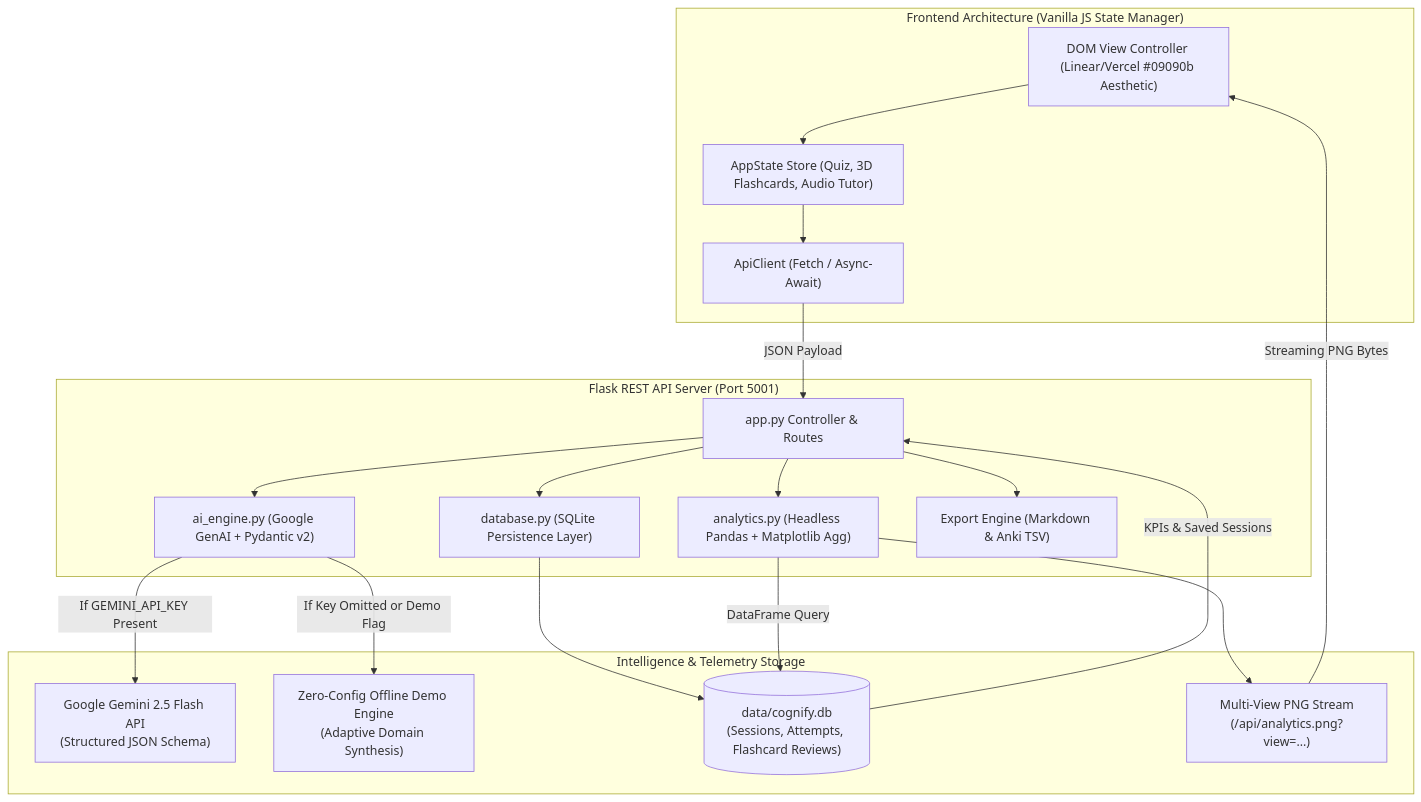
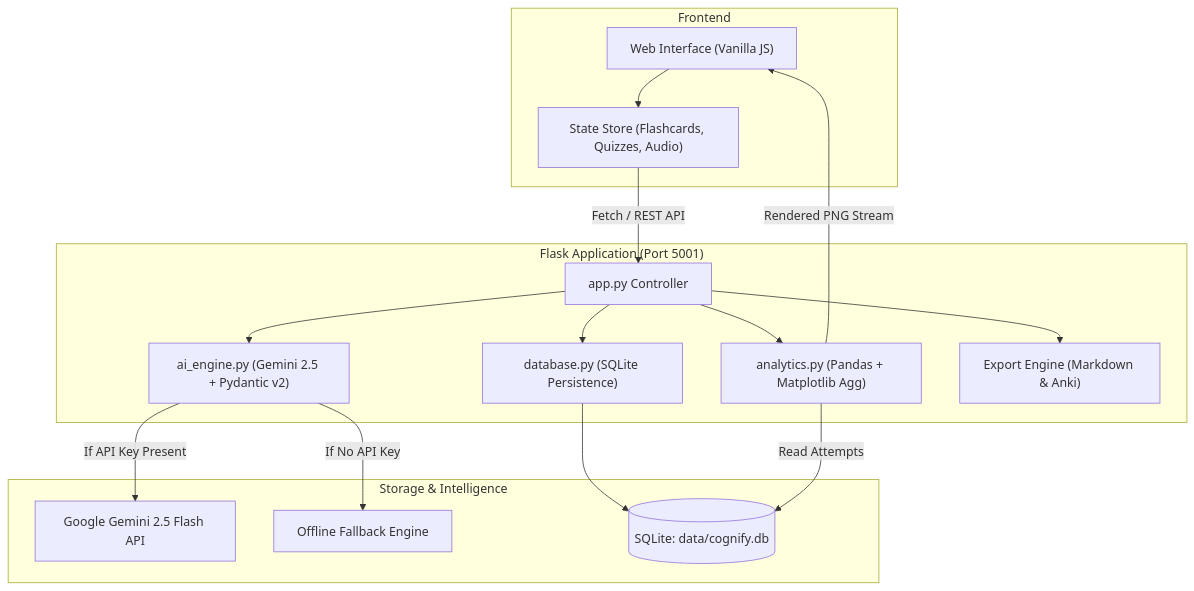
Before and after one commit to lalitg13/cognify: the diagram in README.md, drawn with Mermaid. The commit also changed other lines of this file, not shown here.

````diff
--- a/README.md
+++ b/README.md
@@ -16,40 +34,35 @@
 ```mermaid
 flowchart TD
-    subgraph Client["Frontend Architecture (Vanilla JS State Manager)"]
-        UI["DOM View Controller (Linear/Vercel #09090b Aesthetic)"]
-        State["AppState Store (Quiz, 3D Flashcards, Audio Tutor)"]
-        ClientAPI["ApiClient (Fetch / Async-Await)"]
+    subgraph Client["Frontend"]
+        UI["Web Interface (Vanilla JS)"]
+        State["State Store (Flashcards, Quizzes, Audio)"]
         UI --> State
-        State --> ClientAPI
     end
 
-    subgraph Server["Flask REST API Server (Port 5001)"]
-        Router["app.py Controller & Routes"]
-        AIEngine["ai_engine.py (Google GenAI + Pydantic v2)"]
-        DB["database.py (SQLite Persistence Layer)"]
-        Telemetry["analytics.py (Headless Pandas + Matplotlib Agg)"]
-        ExportEngine["Export Engine (Markdown & Anki TSV)"]
+    subgraph Server["Flask Application (Port 5001)"]
+        Router["app.py Controller"]
+        AI["ai_engine.py (Gemini 2.5 + Pydantic v2)"]
+        DB["database.py (SQLite Persistence)"]
+        Analytics["analytics.py (Pandas + Matplotlib Agg)"]
+        Export["Export Engine (Markdown & Anki)"]
         
-        ClientAPI -->|JSON Payload| Router
-        Router --> AIEngine
+        Router --> AI
         Router --> DB
-        Router --> Telemetry
-        Router --> ExportEngine
+        Router --> Analytics
+        Router --> Export
     end
 
-    subgraph External["Intelligence & Telemetry Storage"]
-        Gemini["Google Gemini 2.5 Flash API\n(Structured JSON Schema)"]
-        MockEngine["Zero-Config Offline Demo Engine\n(Adaptive Domain Synthesis)"]
-        SQLiteDB[("data/cognify.db\n(Sessions, Attempts, Flashcard Reviews)")]
-        ChartGen["Multi-View PNG Stream\n(/api/analytics.png?view=...)"]
+    subgraph Data["Storage & Intelligence"]
+        GeminiAPI["Google Gemini 2.5 Flash API"]
+        OfflineEngine["Offline Fallback Engine"]
+        SQLite[("SQLite: data/cognify.db")]
         
-        AIEngine -->|If GEMINI_API_KEY Present| Gemini
-        AIEngine -->|If Key Omitted or Demo Flag| MockEngine
-        DB --> SQLiteDB
-        Telemetry -->|DataFrame Query| SQLiteDB
-        Telemetry --> ChartGen
+        AI -->|If API Key Present| GeminiAPI
+        AI -->|If No API Key| OfflineEngine
+        DB --> SQLite
+        Analytics -->|Read Attempts| SQLite
     end
 
-    ChartGen -->|Streaming PNG Bytes| UI
-    SQLiteDB -->|KPIs & Saved Sessions| Router
+    State -->|Fetch / REST API| Router
+    Analytics -->|Rendered PNG Stream| UI
 ```
````
